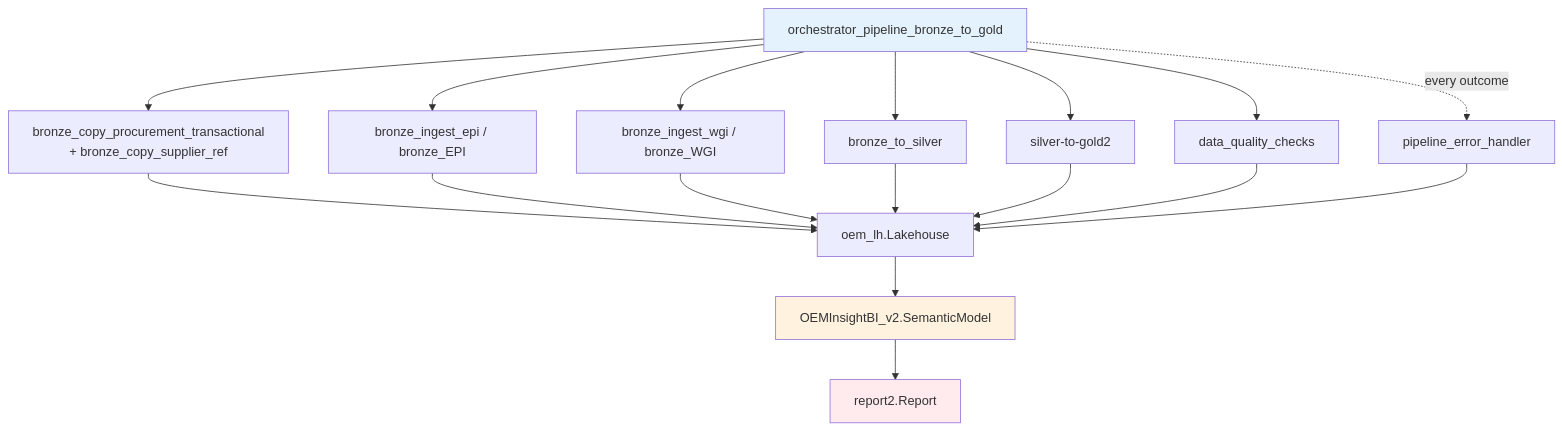
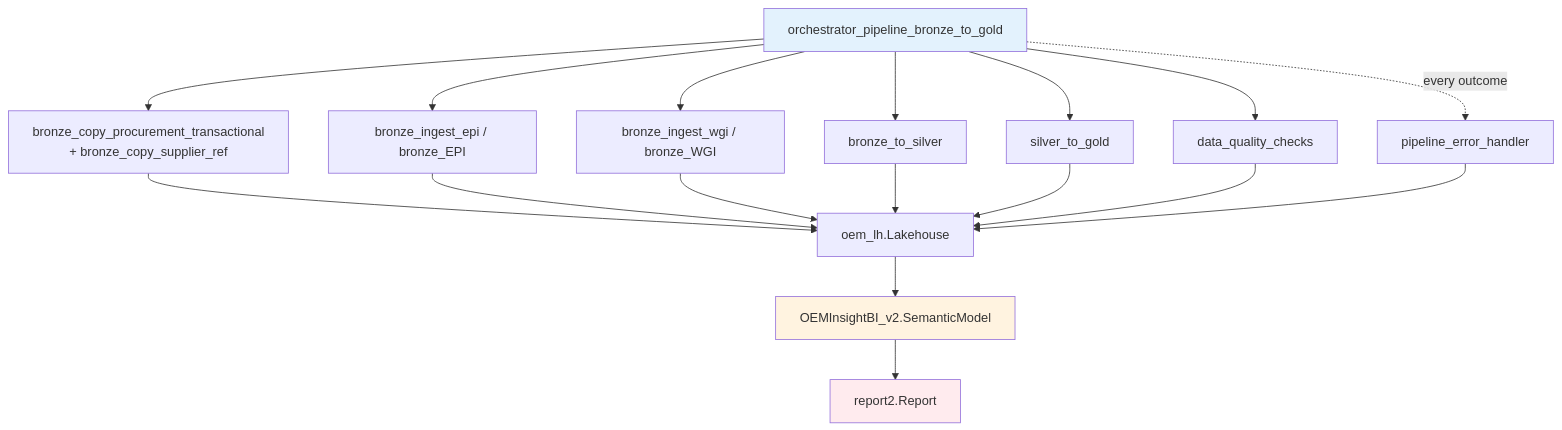
Before and after one commit to erikemilsson/OEMMatInsightBI: the diagram in docs/architecture/fabric-artifacts-inventory.md, drawn with Mermaid. The commit also changed other lines of this file and 44 other files, not shown here.

First line of the commit message:
cleanup(phase-5): repo lockstep for notebook rename silver-to-gold2 → silver_to_gold

````diff
--- a/docs/architecture/fabric-artifacts-inventory.md
+++ b/docs/architecture/fabric-artifacts-inventory.md
@@ -62,34 +62,34 @@
 ```mermaid
 graph TD
     Pipeline[orchestrator_pipeline_bronze_to_gold]
 
     BC1[bronze_copy_procurement_transactional<br/>+ bronze_copy_supplier_ref]
     BE[bronze_ingest_epi / bronze_EPI]
     BW[bronze_ingest_wgi / bronze_WGI]
 
     BS[bronze_to_silver]
-    SG[silver-to-gold2]
+    SG[silver_to_gold]
     DQ[data_quality_checks]
     EH[pipeline_error_handler]
 
     LH[oem_lh.Lakehouse]
     SM[OEMInsightBI_v2.SemanticModel]
     Report[report2.Report]
 
     Pipeline --> BC1 & BE & BW & BS & SG & DQ
     BC1 --> LH
     BE --> LH
     BW --> LH
     BS --> LH
     SG --> LH
     DQ --> LH
     Pipeline -.every outcome.-> EH
     EH --> LH
 
     LH --> SM
     SM --> Report
 
     style Pipeline fill:#e3f2fd
     style SM fill:#fff3e0
     style Report fill:#ffebee
 ```
````
